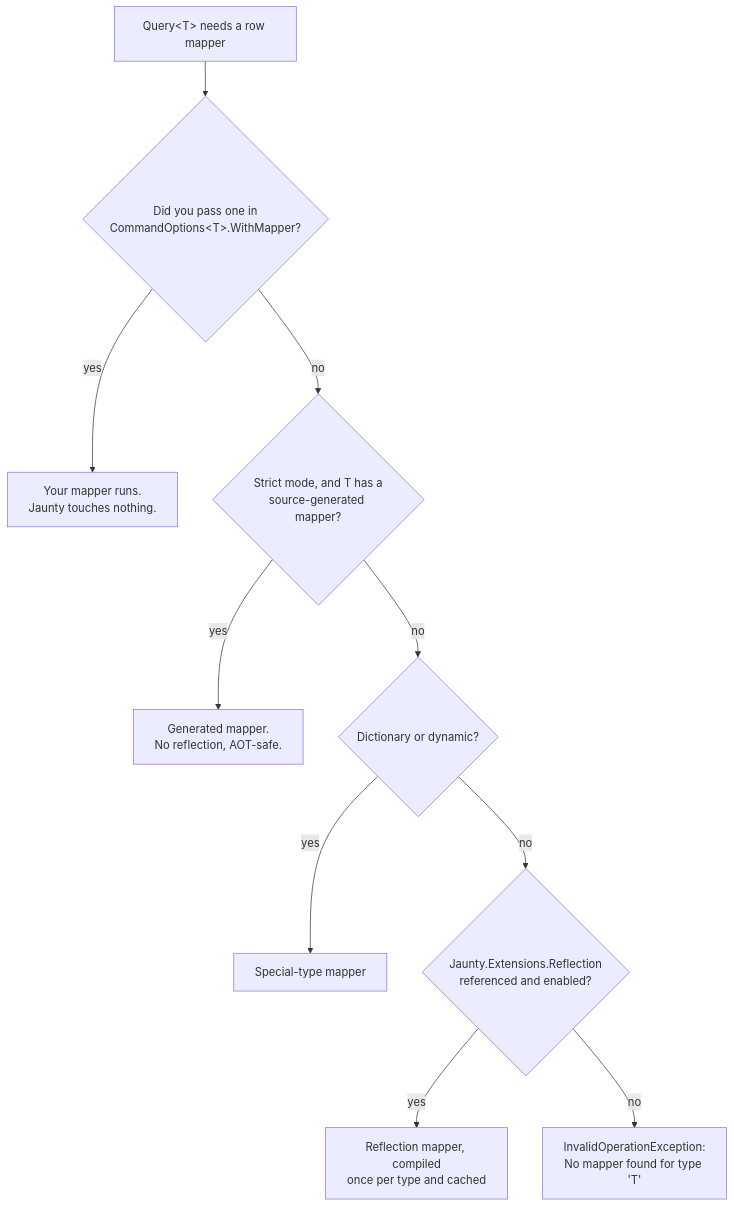
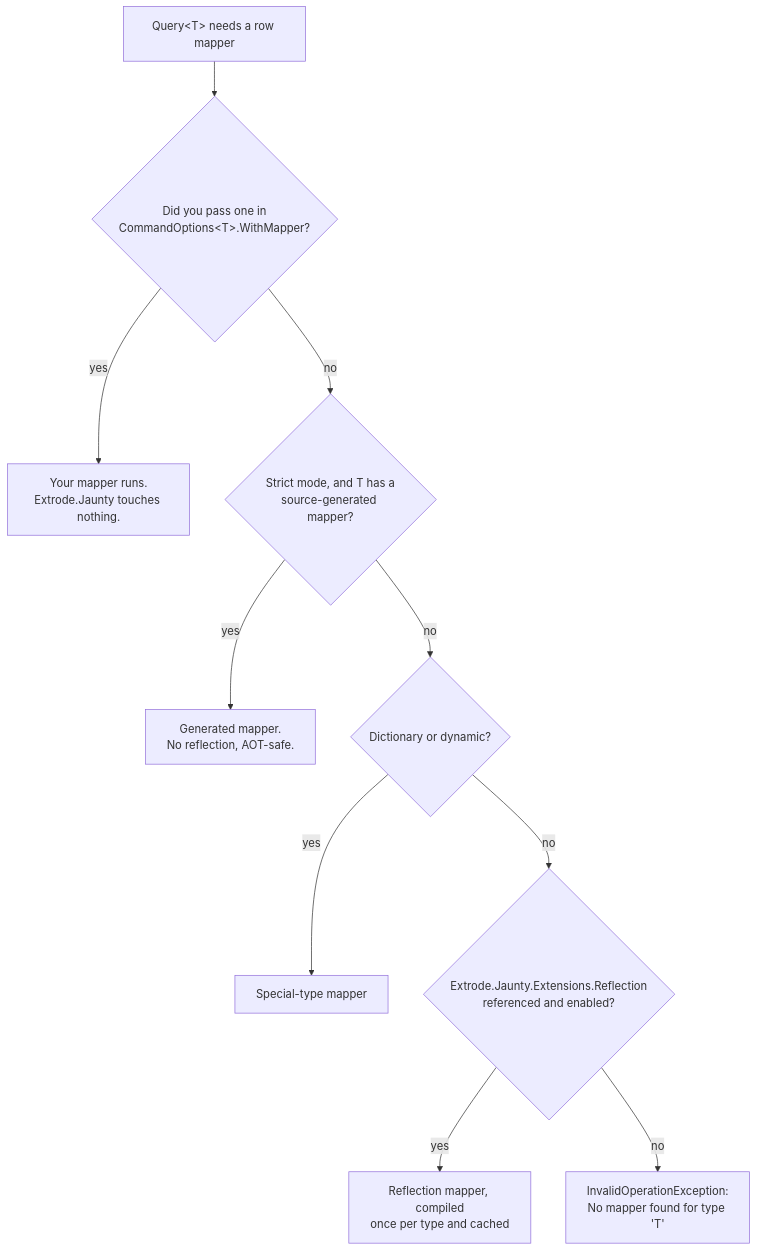
Before and after one commit to extrode/jaunty: the first of 2 diagrams in README.md, drawn with Mermaid. The commit also changed other lines of this file and 77 other files, not shown here.

First line of the commit message:
docs: update Extrode.Jaunty.* code references, add breaking-change note

````diff
--- a/README.md
+++ b/README.md
@@ -315,12 +315,12 @@
 ```mermaid
 flowchart TD
     A["Query&lt;T&gt; needs a row mapper"] --> B{"Did you pass one in<br/>CommandOptions&lt;T&gt;.WithMapper?"}
-    B -- yes --> M1["Your mapper runs.<br/>Jaunty touches nothing."]
+    B -- yes --> M1["Your mapper runs.<br/>Extrode.Jaunty touches nothing."]
     B -- no --> C{"Strict mode, and T has a<br/>source-generated mapper?"}
     C -- yes --> M2["Generated mapper.<br/>No reflection, AOT-safe."]
     C -- no --> D{"Dictionary or dynamic?"}
     D -- yes --> M3["Special-type mapper"]
-    D -- no --> E{"Jaunty.Extensions.Reflection<br/>referenced and enabled?"}
+    D -- no --> E{"Extrode.Jaunty.Extensions.Reflection<br/>referenced and enabled?"}
     E -- yes --> M4["Reflection mapper, compiled<br/>once per type and cached"]
     E -- no --> X["InvalidOperationException:<br/>No mapper found for type 'T'"]
 ```
````
